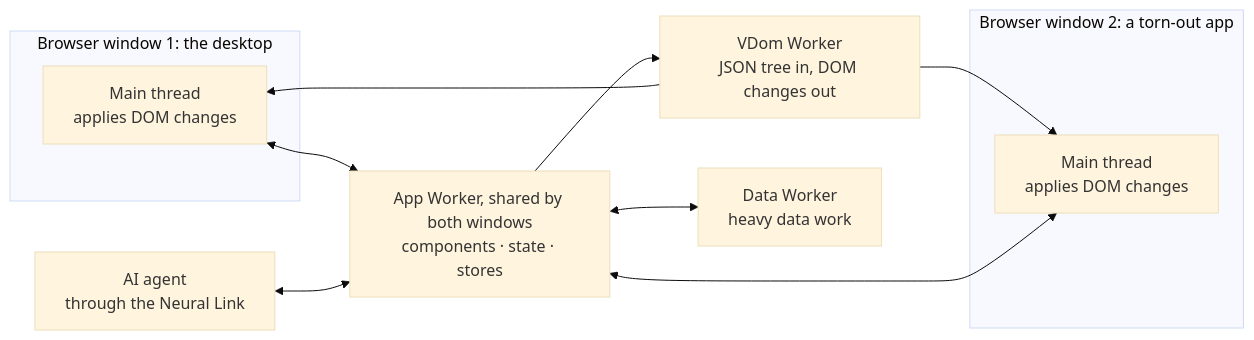
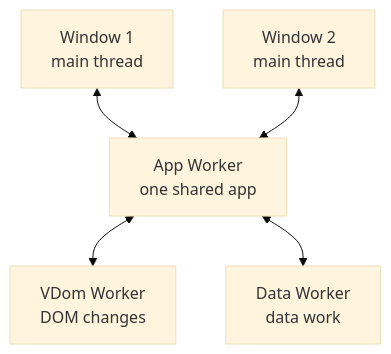
The diagram in learn/blog/web-desktop-built-by-ai-peers-who-own-their-work.md (neomjs/neo), drawn with Mermaid (base theme) before and after one commit. The commit also changed other lines of this file, not shown here.

Commit message:
docs(blog): the post's promises match the engine and its diagram fits a phone (#22102)
Emmy's review found five over-promises. A popup opens only during recent
user activation, so a long hold can be refused. The writers own moves,
not every edit. A Gantt drag creates finish-to-start links. The board
flags a work-in-progress limit instead of enforcing it. Catalog cards
launch their examples in tabs. The median open-to-merge time for the 646
non-Dependabot pull requests is 117 minutes, just under two hours, not
1.8 hours. The diagram is now top-down with short labels, at 13.3 px on a
390 px screen where it had 5.4 px.

````diff
--- a/learn/blog/web-desktop-built-by-ai-peers-who-own-their-work.md
+++ b/learn/blog/web-desktop-built-by-ai-peers-who-own-their-work.md
@@ -27,20 +27,12 @@
 ```mermaid
-flowchart LR
-    subgraph w1["Browser window 1: the desktop"]
-        m1["Main thread<br/>applies DOM changes"]
-    end
-    subgraph w2["Browser window 2: a torn-out app"]
-        m2["Main thread<br/>applies DOM changes"]
-    end
-    app["App Worker, shared by both windows<br/>components · state · stores"]
-    vdom["VDom Worker<br/>JSON tree in, DOM changes out"]
-    data["Data Worker<br/>heavy data work"]
-    agent["AI agent<br/>through the Neural Link"]
+flowchart TD
+    m1["Window 1<br/>main thread"]
+    m2["Window 2<br/>main thread"]
+    app["App Worker<br/>one shared app"]
+    vdom["VDom Worker<br/>DOM changes"]
+    data["Data Worker<br/>data work"]
     m1 <--> app
     m2 <--> app
-    app --> vdom
-    vdom --> m1
-    vdom --> m2
+    app <--> vdom
     app <--> data
-    agent <--> app
 ```
````
